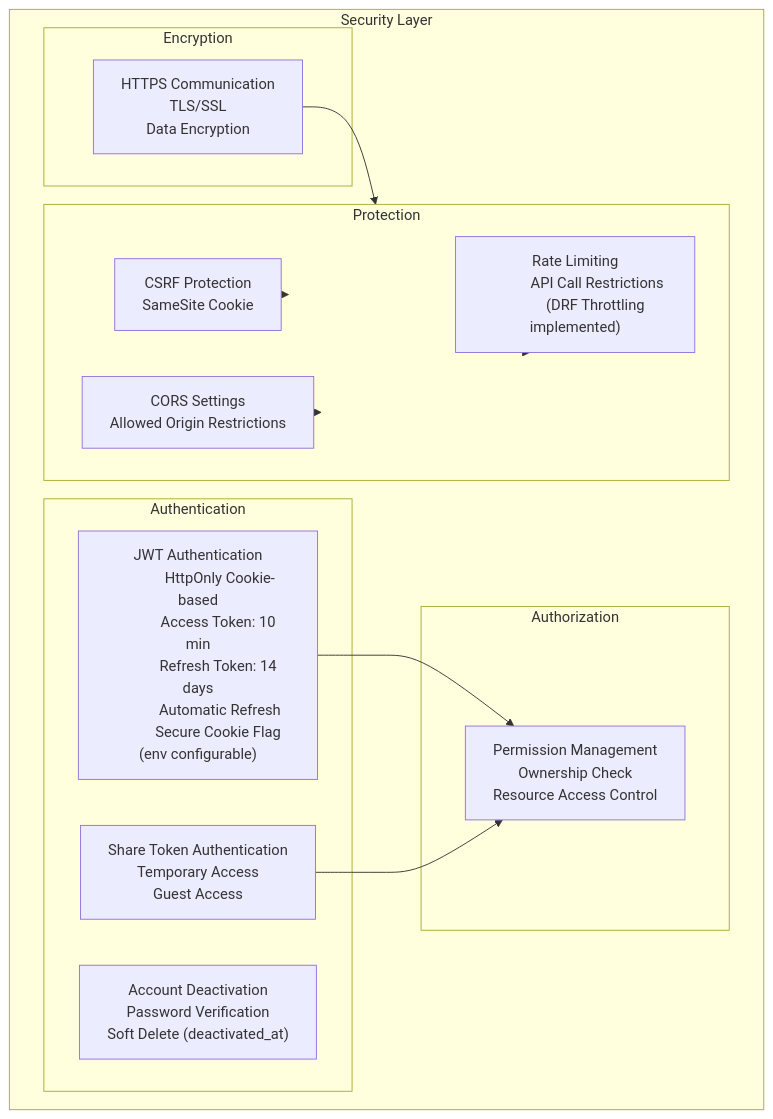
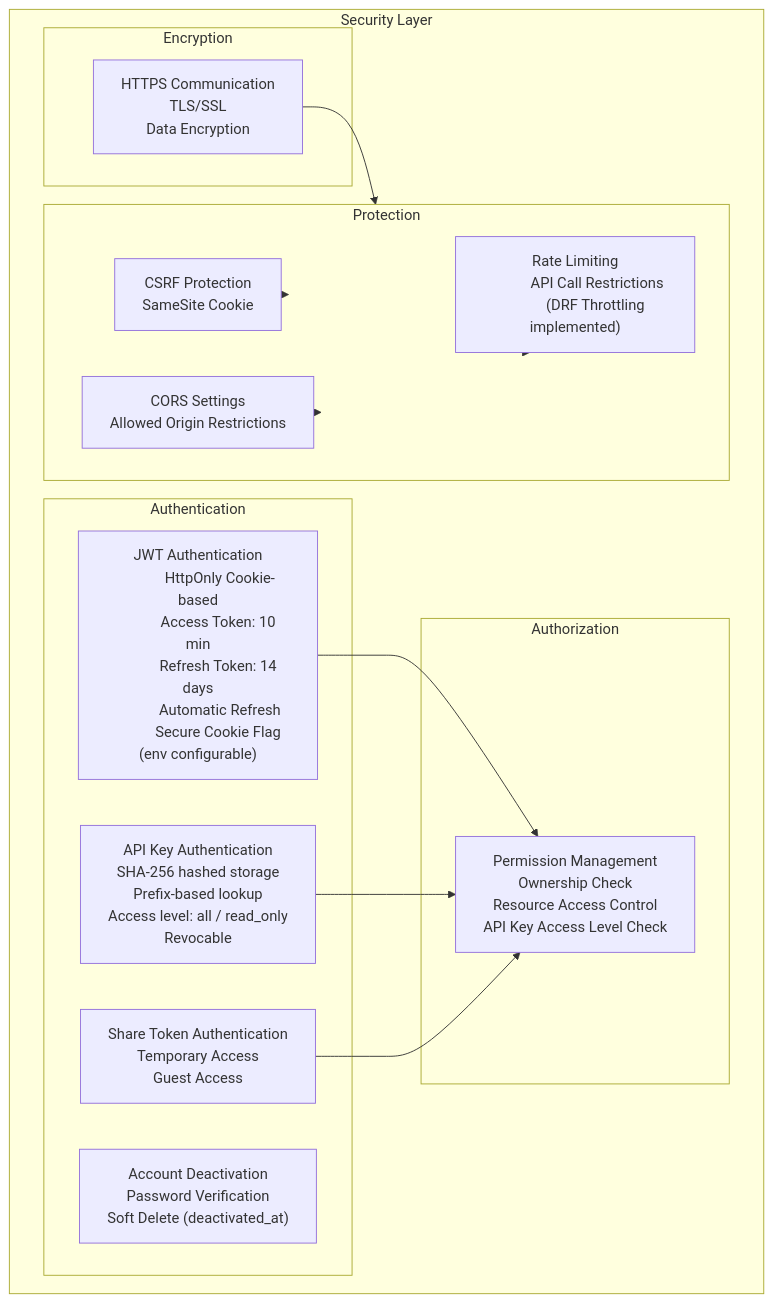
One commit to yukiharada1228/videoq changed the fifth of 8 diagrams in docs/architecture/system-configuration-diagram.md. Above: the diagram before and after it, drawn with Mermaid. The commit also changed other lines of this file and 14 other files, not shown here.

First line of the commit message:
docs: sync architecture and design diagrams with latest implementation

````diff
--- a/docs/architecture/system-configuration-diagram.md
+++ b/docs/architecture/system-configuration-diagram.md
@@ -241,48 +277,55 @@
 ```mermaid
 graph TB
     subgraph Security["Security Layer"]
         subgraph Authentication["Authentication"]
             JWT["JWT Authentication
             HttpOnly Cookie-based
             Access Token: 10 min
             Refresh Token: 14 days
             Automatic Refresh
             Secure Cookie Flag (env configurable)"]
+            ApiKey["API Key Authentication
+            SHA-256 hashed storage
+            Prefix-based lookup
+            Access level: all / read_only
+            Revocable"]
             ShareToken["Share Token Authentication
             Temporary Access
             Guest Access"]
             AccountDeactivation["Account Deactivation
             Password Verification
             Soft Delete (deactivated_at)"]
         end
 
         subgraph Authorization["Authorization"]
             Permissions["Permission Management
             Ownership Check
-            Resource Access Control"]
+            Resource Access Control
+            API Key Access Level Check"]
         end
 
         subgraph Encryption["Encryption"]
             HTTPS["HTTPS Communication
             TLS/SSL
             Data Encryption"]
         end
 
         subgraph Protection["Protection"]
             CSRF["CSRF Protection
             SameSite Cookie"]
             CORS["CORS Settings
             Allowed Origin Restrictions"]
             RateLimit["Rate Limiting
             API Call Restrictions
             (DRF Throttling implemented)"]
         end
     end
 
     JWT --> Permissions
+    ApiKey --> Permissions
     ShareToken --> Permissions
     HTTPS --> Protection
     CSRF --> Protection
     CORS --> Protection
     RateLimit --> Protection
 ```
````
